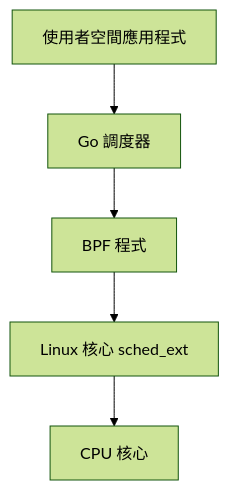
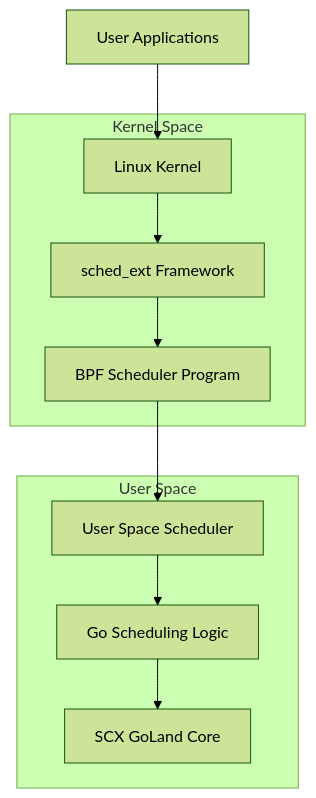
The diagram in docs/index.md (Gthulhu/docs), drawn with Mermaid (forest theme) before and after one commit. The commit also changed other lines of this file and 4 other files, not shown here.

````diff
--- a/docs/index.md
+++ b/docs/index.md
@@ -36,7 +44,21 @@
 ```mermaid
 graph TB
-    A[使用者空間應用程式] --> B[Go 調度器]
-    B --> C[BPF 程式]
-    C --> D[Linux 核心 sched_ext]
-    D --> E[CPU 核心]
+    A[User Applications] --> B[Linux Kernel]
+    B --> C[sched_ext Framework]
+    C --> D[BPF Scheduler Program]
+    D --> E[User Space Scheduler]
+    E --> F[Go Scheduling Logic]
+    F --> G[SCX GoLand Core]
+    
+    subgraph "Kernel Space"
+        B
+        C
+        D
+    end
+    
+    subgraph "User Space"
+        E
+        F
+        G
+    end
 ```
````
